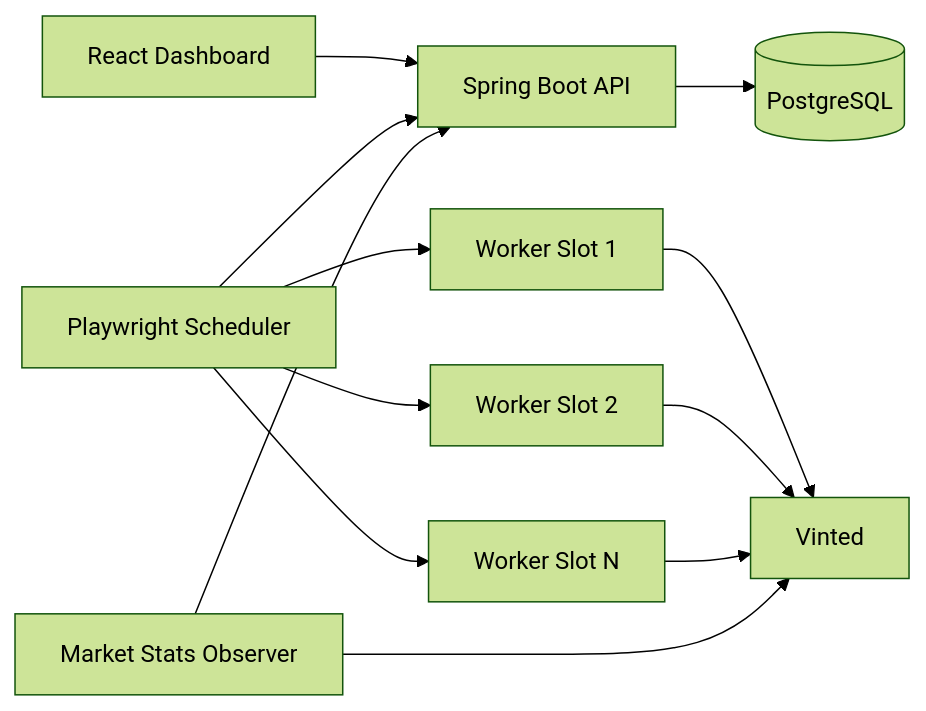
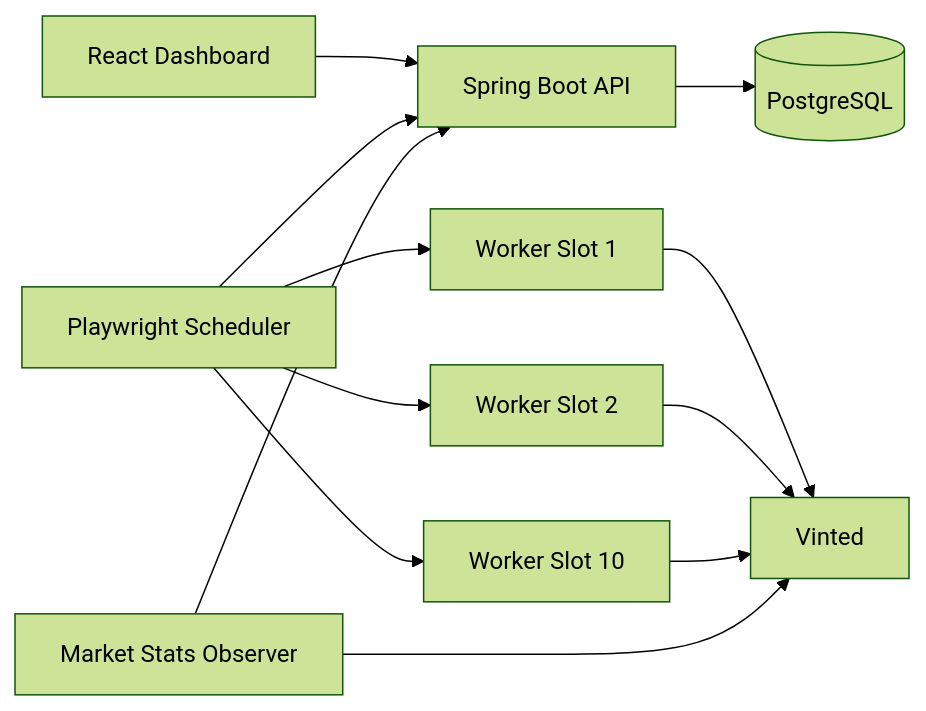
One commit to jedreekPrograms/FlipBot changed the second of 2 diagrams in README.md. Above: the diagram before and after it, drawn with Mermaid (forest theme). The commit also changed other lines of this file, not shown here.

````diff
--- a/README.md
+++ b/README.md
@@ -178,17 +254,17 @@
 ```mermaid
 flowchart LR
     UI[React Dashboard] --> API[Spring Boot API]
     API --> DB[(PostgreSQL)]
 
     PW[Playwright Scheduler] --> API
-    PW --> W1[Worker Slot 1]
-    PW --> W2[Worker Slot 2]
-    PW --> WN[Worker Slot N]
+    PW --> S1[Worker Slot 1]
+    PW --> S2[Worker Slot 2]
+    PW --> SN[Worker Slot 10]
 
-    W1 --> V[Vinted]
-    W2 --> V
-    WN --> V
+    S1 --> V[Vinted]
+    S2 --> V
+    SN --> V
 
     OBS[Market Stats Observer] --> API
     OBS --> V
 ```
````
